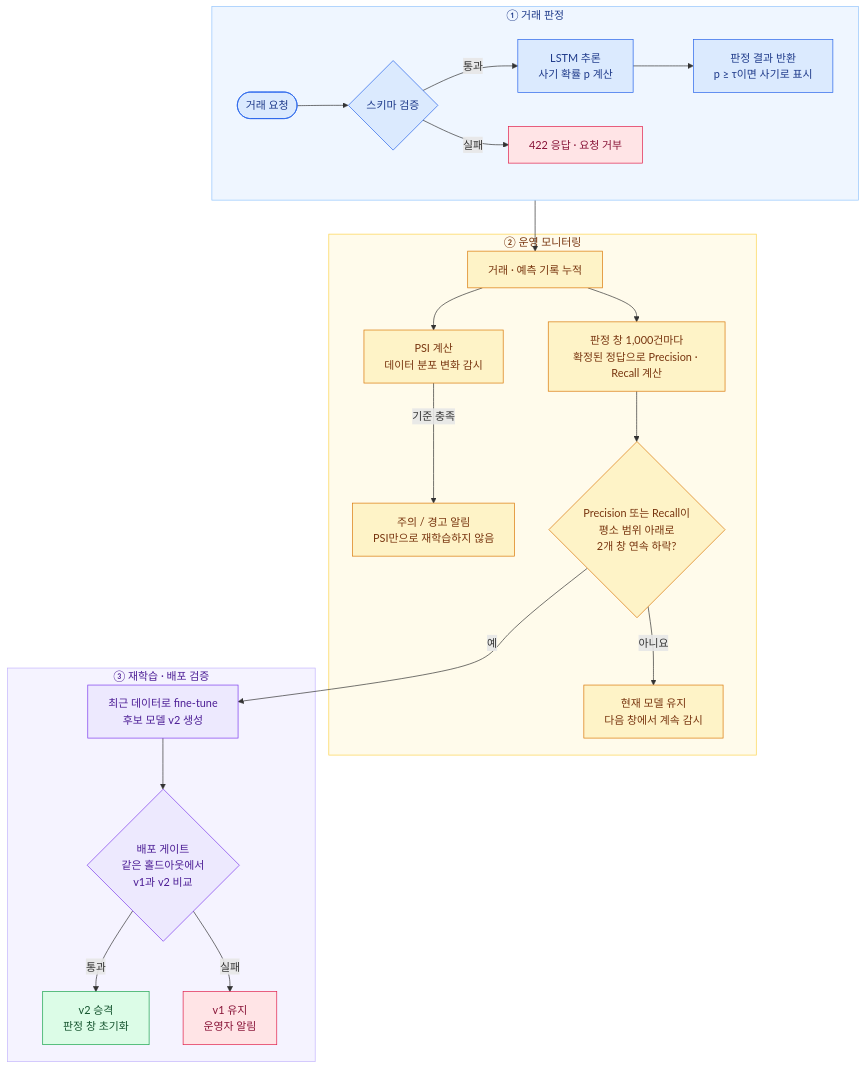
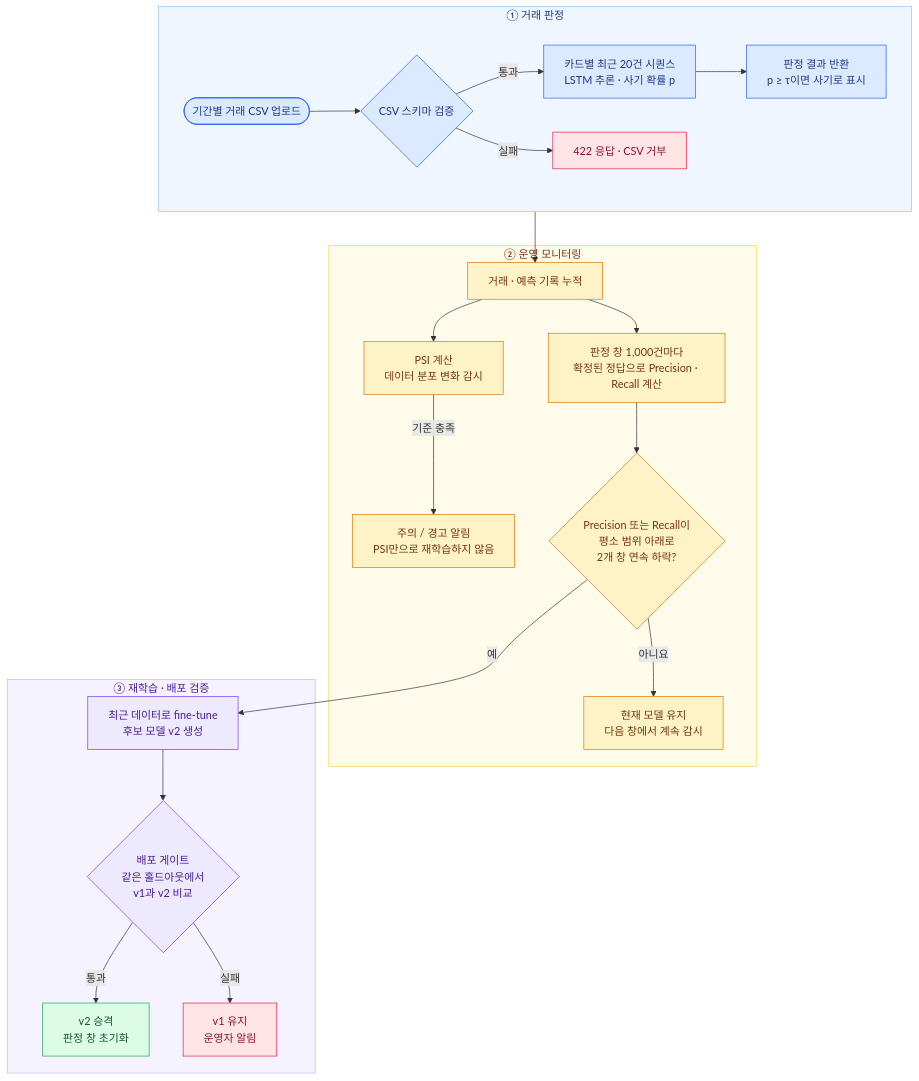
Before and after one commit to dodohy25n/ops: the diagram in docs/설계지표.md, drawn with Mermaid. The commit also changed other lines of this file, not shown here.

First line of the commit message:
docs: 설계지표를 CSV 구조와 현재 구현에 맞게 정리

````diff
--- a/docs/설계지표.md
+++ b/docs/설계지표.md
@@ -19,45 +19,45 @@
 ```mermaid
 flowchart TB
     subgraph serving["① 거래 판정"]
         direction LR
-        request(["거래 요청"]) --> schema{"스키마 검증"}
-        schema -->|통과| model["LSTM 추론<br/>사기 확률 p 계산"]
+        request(["기간별 거래 CSV 업로드"]) --> schema{"CSV 스키마 검증"}
+        schema -->|통과| model["카드별 최근 20건 시퀀스<br/>LSTM 추론 · 사기 확률 p"]
         model --> response["판정 결과 반환<br/>p ≥ τ이면 사기로 표시"]
-        schema -->|실패| reject["422 응답 · 요청 거부"]
+        schema -->|실패| reject["422 응답 · CSV 거부"]
     end
 
     subgraph monitoring["② 운영 모니터링"]
         records["거래 · 예측 기록 누적"]
         records --> psi["PSI 계산<br/>데이터 분포 변화 감시"]
         psi -->|기준 충족| alert["주의 / 경고 알림<br/>PSI만으로 재학습하지 않음"]
         records --> metrics["판정 창 1,000건마다<br/>확정된 정답으로 Precision · Recall 계산"]
         metrics --> drift{"Precision 또는 Recall이<br/>평소 범위 아래로<br/>2개 창 연속 하락?"}
         drift -->|아니요| watch["현재 모델 유지<br/>다음 창에서 계속 감시"]
     end
 
     subgraph retraining["③ 재학습 · 배포 검증"]
         train["최근 데이터로 fine-tune<br/>후보 모델 v2 생성"]
         train --> gate{"배포 게이트<br/>같은 홀드아웃에서<br/>v1과 v2 비교"}
         gate -->|통과| promote["v2 승격<br/>판정 창 초기화"]
         gate -->|실패| keep["v1 유지<br/>운영자 알림"]
     end
 
     response --> records
     drift -->|예| train
 
     classDef servingNode fill:#dbeafe,stroke:#2563eb,color:#1e3a8a
     classDef monitorNode fill:#fef3c7,stroke:#d97706,color:#78350f
     classDef trainNode fill:#ede9fe,stroke:#7c3aed,color:#4c1d95
     classDef successNode fill:#dcfce7,stroke:#16a34a,color:#14532d
     classDef stopNode fill:#ffe4e6,stroke:#e11d48,color:#881337
 
     class request,schema,model,response servingNode
     class records,psi,alert,metrics,drift,watch monitorNode
     class train,gate trainNode
     class promote successNode
     class reject,keep stopNode
 
     style serving fill:#eff6ff,stroke:#93c5fd,color:#1e3a8a
     style monitoring fill:#fffbeb,stroke:#fcd34d,color:#78350f
     style retraining fill:#f5f3ff,stroke:#c4b5fd,color:#4c1d95
 ```
````
